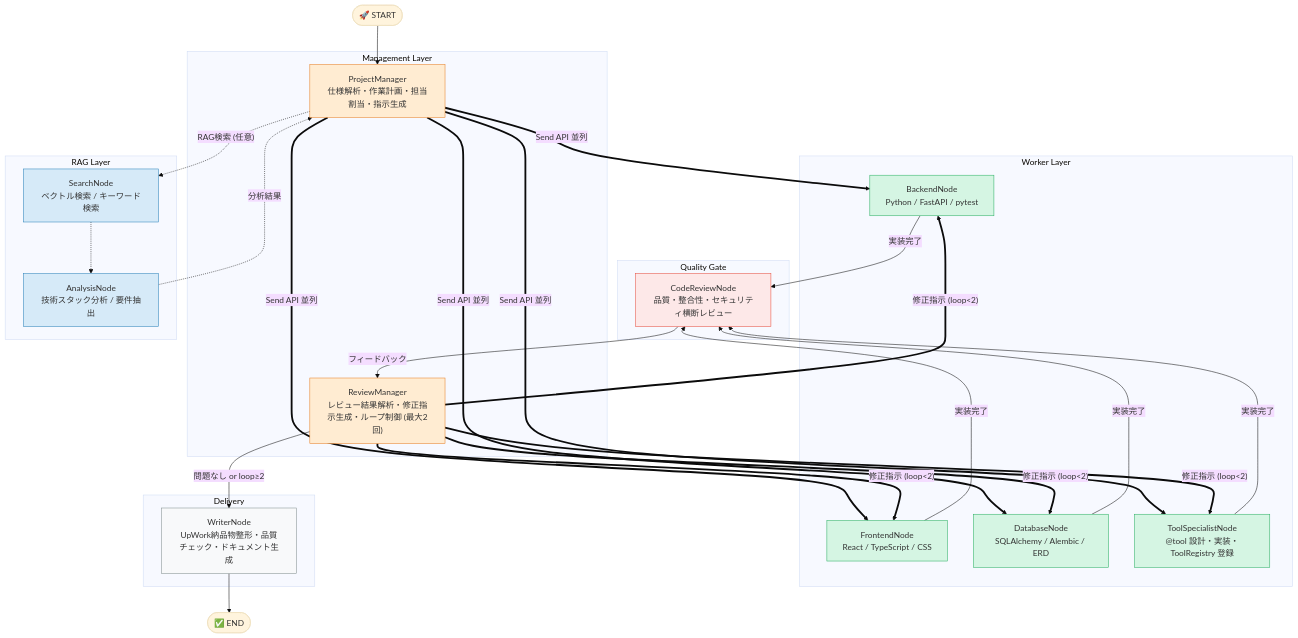
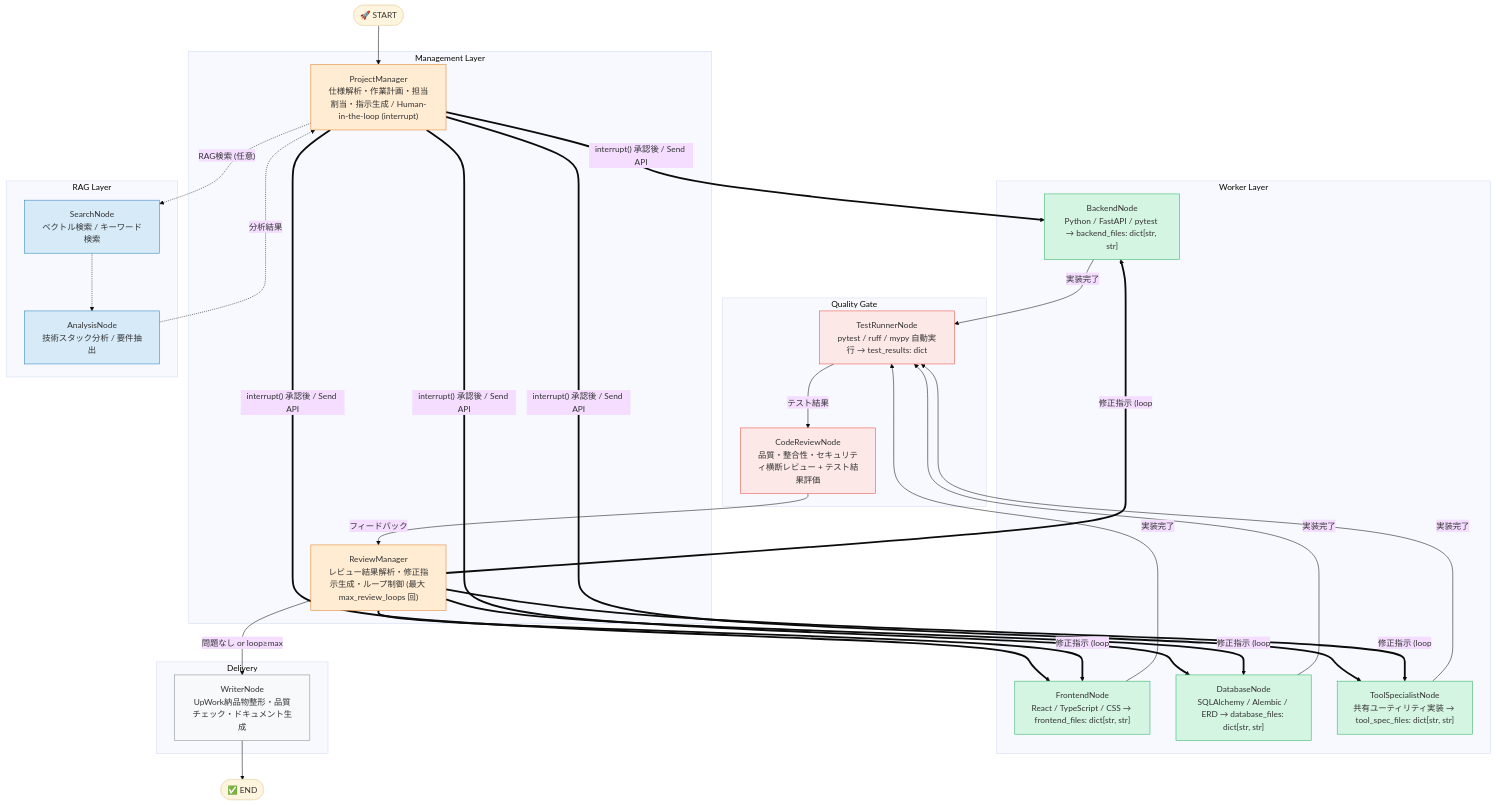
One commit to BBQ-Meat999/test-BBQ changed the first of 4 diagrams in docs/architecture.md. Above: the diagram before and after it, drawn with Mermaid (base theme). The commit also changed other lines of this file and 20 other files, not shown here.

````diff
--- a/docs/architecture.md
+++ b/docs/architecture.md
@@ -11,54 +11,57 @@
 ```mermaid
 flowchart TD
     subgraph MANAGEMENT["Management Layer"]
-        project_manager["ProjectManager\n仕様解析・作業計画・担当割当・指示生成"]
-        review_manager["ReviewManager\nレビュー結果解析・修正指示生成・ループ制御 (最大2回)"]
+        project_manager["ProjectManager\n仕様解析・作業計画・担当割当・指示生成 / Human-in-the-loop (interrupt)"]
+        review_manager["ReviewManager\nレビュー結果解析・修正指示生成・ループ制御 (最大 max_review_loops 回)"]
     end
     subgraph WORKER["Worker Layer"]
-        backend["BackendNode\nPython / FastAPI / pytest"]
-        frontend["FrontendNode\nReact / TypeScript / CSS"]
-        database["DatabaseNode\nSQLAlchemy / Alembic / ERD"]
-        tool_specialist["ToolSpecialistNode\n@tool 設計・実装・ToolRegistry 登録"]
+        backend["BackendNode\nPython / FastAPI / pytest → backend_files: dict[str, str]"]
+        frontend["FrontendNode\nReact / TypeScript / CSS → frontend_files: dict[str, str]"]
+        database["DatabaseNode\nSQLAlchemy / Alembic / ERD → database_files: dict[str, str]"]
+        tool_specialist["ToolSpecialistNode\n共有ユーティリティ実装 → tool_spec_files: dict[str, str]"]
     end
     subgraph QUALITY["Quality Gate"]
-        code_review["CodeReviewNode\n品質・整合性・セキュリティ横断レビュー"]
+        test_runner["TestRunnerNode\npytest / ruff / mypy 自動実行 → test_results: dict"]
+        code_review["CodeReviewNode\n品質・整合性・セキュリティ横断レビュー + テスト結果評価"]
     end
     subgraph RAG["RAG Layer"]
         search["SearchNode\nベクトル検索 / キーワード検索"]
         analysis["AnalysisNode\n技術スタック分析 / 要件抽出"]
     end
     subgraph DELIVERY["Delivery"]
         writer["WriterNode\nUpWork納品物整形・品質チェック・ドキュメント生成"]
     end
     START(["🚀 START"])
     END(["✅ END"])
     START --> project_manager
-    project_manager ==>|"Send API 並列"| backend
-    project_manager ==>|"Send API 並列"| frontend
-    project_manager ==>|"Send API 並列"| database
-    project_manager ==>|"Send API 並列"| tool_specialist
-    backend -->|"実装完了"| code_review
-    frontend -->|"実装完了"| code_review
-    database -->|"実装完了"| code_review
-    tool_specialist -->|"実装完了"| code_review
+    project_manager ==>|"interrupt() 承認後 / Send API"| backend
+    project_manager ==>|"interrupt() 承認後 / Send API"| frontend
+    project_manager ==>|"interrupt() 承認後 / Send API"| database
+    project_manager ==>|"interrupt() 承認後 / Send API"| tool_specialist
+    backend -->|"実装完了"| test_runner
+    frontend -->|"実装完了"| test_runner
+    database -->|"実装完了"| test_runner
+    tool_specialist -->|"実装完了"| test_runner
+    test_runner -->|"テスト結果"| code_review
     code_review -->|"フィードバック"| review_manager
-    review_manager ==>|"修正指示 (loop<2)"| backend
-    review_manager ==>|"修正指示 (loop<2)"| frontend
-    review_manager ==>|"修正指示 (loop<2)"| database
-    review_manager ==>|"修正指示 (loop<2)"| tool_specialist
-    review_manager -->|"問題なし or loop≥2"| writer
+    review_manager ==>|"修正指示 (loop<max)"| backend
+    review_manager ==>|"修正指示 (loop<max)"| frontend
+    review_manager ==>|"修正指示 (loop<max)"| database
+    review_manager ==>|"修正指示 (loop<max)"| tool_specialist
+    review_manager -->|"問題なし or loop≥max"| writer
     project_manager -.->|"RAG検索 (任意)"| search
     search -.-> analysis
     analysis -.->|"分析結果"| project_manager
     writer --> END
     style project_manager fill:#ffecd2,stroke:#e67e22
     style review_manager fill:#ffecd2,stroke:#e67e22
     style backend fill:#d5f5e3,stroke:#27ae60
     style frontend fill:#d5f5e3,stroke:#27ae60
     style database fill:#d5f5e3,stroke:#27ae60
     style tool_specialist fill:#d5f5e3,stroke:#27ae60
+    style test_runner fill:#fde8e8,stroke:#e74c3c
     style code_review fill:#fde8e8,stroke:#e74c3c
     style search fill:#d6eaf8,stroke:#2980b9
     style analysis fill:#d6eaf8,stroke:#2980b9
     style writer fill:#f8f9fa,stroke:#7f8c8d
 ```
````
